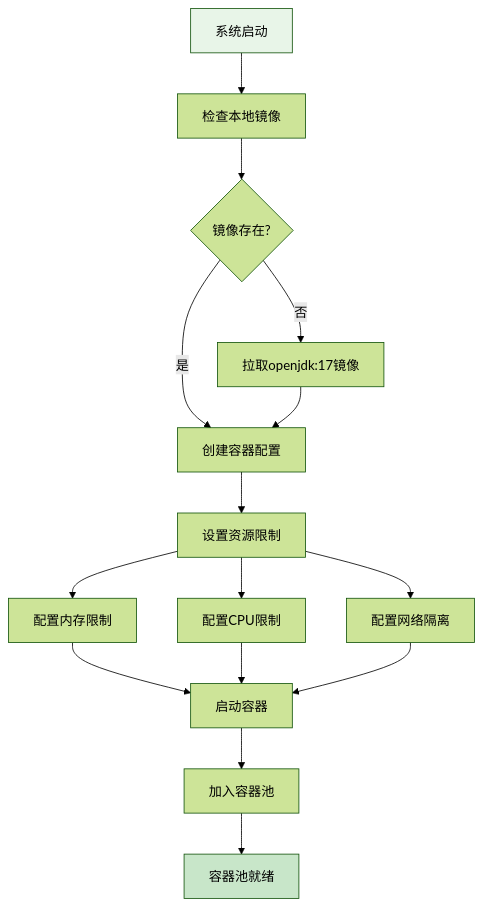
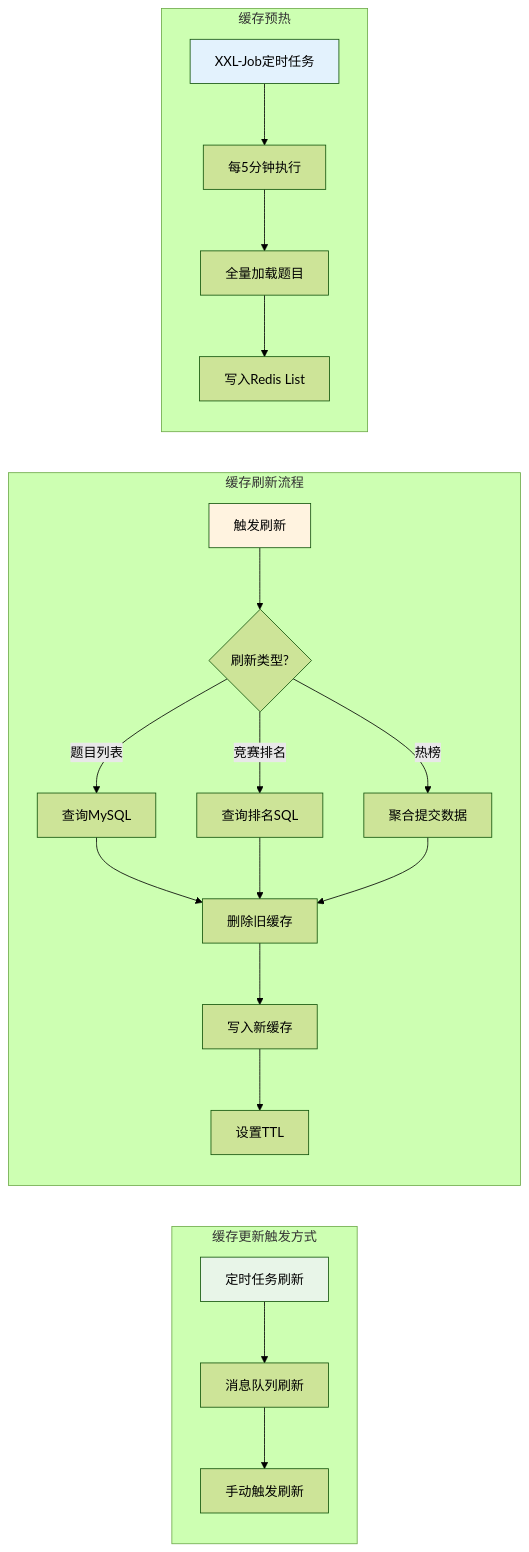
The seventh of 14 diagrams in README.md (1067367579/coding-arena), drawn with Mermaid (forest theme) before and after one commit. The commit also changed other lines of this file and 1 other file, not shown here.

````diff
--- a/README.md
+++ b/README.md
@@ -388,20 +387,31 @@
 ```mermaid
-flowchart TD
-    A[系统启动] --> B[检查本地镜像]
-    B --> C{镜像存在?}
-    C -->|否| D[拉取openjdk:17镜像]
-    C -->|是| E[创建容器配置]
-    D --> E
-    E --> F[设置资源限制]
-    F --> G[配置内存限制]
-    F --> H[配置CPU限制]
-    F --> I[配置网络隔离]
-    G --> J[启动容器]
-    H --> J
-    I --> J
-    J --> K[加入容器池]
-    K --> L[容器池就绪]
-    
+flowchart LR
+    subgraph 缓存更新触发方式
+        A[定时任务刷新] --> B[消息队列刷新]
+        B --> C[手动触发刷新]
+    end
+
+    subgraph 缓存刷新流程
+        D[触发刷新] --> E{刷新类型?}
+        E -->|题目列表| F[查询MySQL]
+        E -->|竞赛排名| G[查询排名SQL]
+        E -->|热榜| H[聚合提交数据]
+
+        F --> I[删除旧缓存]
+        G --> I
+        H --> I
+        I --> J[写入新缓存]
+
+        J --> K[设置TTL]
+    end
+
+    subgraph 缓存预热
+        L[XXL-Job定时任务] --> M[每5分钟执行]
+        M --> N[全量加载题目]
+        N --> O[写入Redis List]
+    end
+
     style A fill:#e8f5e8
-    style L fill:#c8e6c9
+    style D fill:#fff3e0
+    style L fill:#e3f2fd
 ```
````
